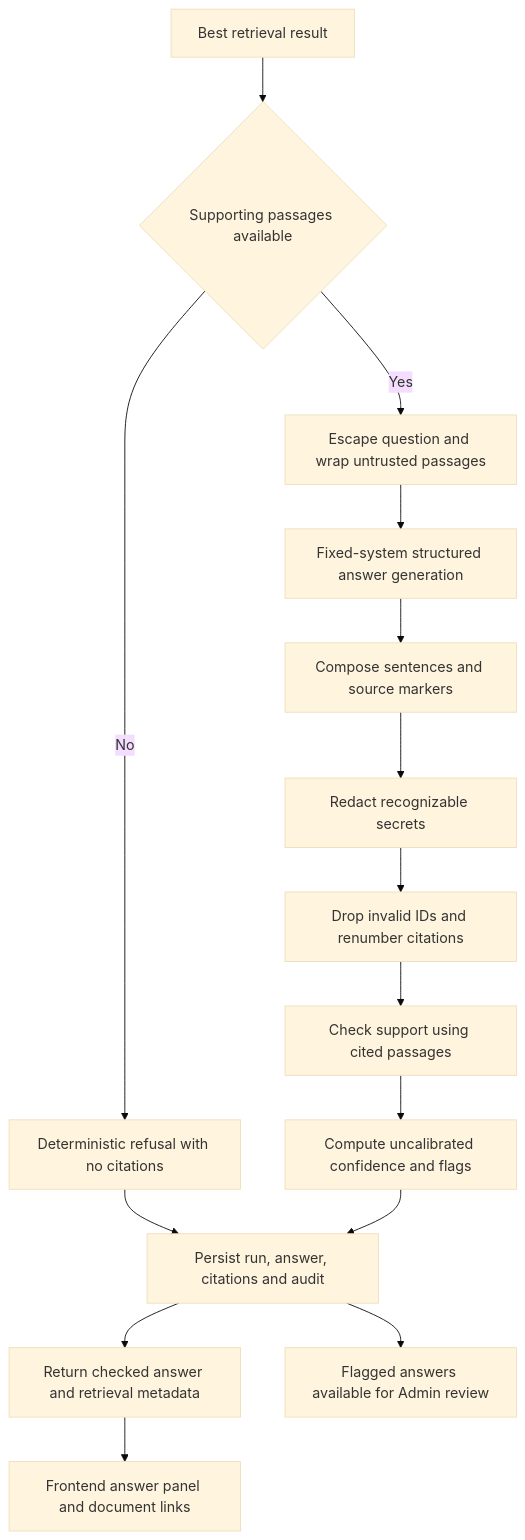
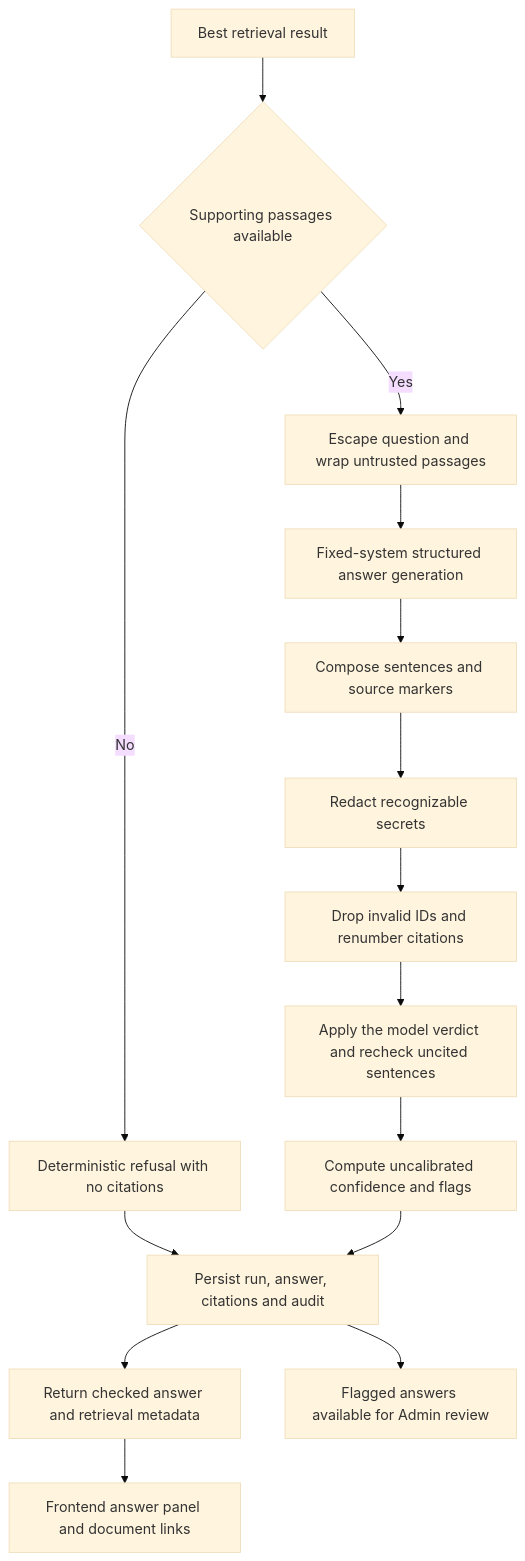
Before and after one commit to esanduo-dt3/MeridianAI: the sixth of 6 diagrams in kavia-docs/CodeWiki/Architecture/system-architecture-and-rag-pipeline.md, drawn with Mermaid (base theme). The commit also changed other lines of this file and 9 other files, not shown here.

Commit message:
docs: update CodeWiki architecture docs and indexes

````diff
--- a/kavia-docs/CodeWiki/Architecture/system-architecture-and-rag-pipeline.md
+++ b/kavia-docs/CodeWiki/Architecture/system-architecture-and-rag-pipeline.md
@@ -485,17 +491,17 @@
 ```mermaid
 flowchart TD
     RET["Best retrieval result"] --> HAS{"Supporting passages available"}
     HAS -->|"No"| REFUSE["Deterministic refusal with no citations"]
     HAS -->|"Yes"| WRAP["Escape question and wrap untrusted passages"]
     WRAP --> MODEL["Fixed-system structured answer generation"]
     MODEL --> COMPOSE["Compose sentences and source markers"]
     COMPOSE --> REDACT["Redact recognizable secrets"]
     REDACT --> CITE["Drop invalid IDs and renumber citations"]
-    CITE --> GROUND["Check support using cited passages"]
+    CITE --> GROUND["Apply the model verdict and recheck uncited sentences"]
     GROUND --> SCORE["Compute uncalibrated confidence and flags"]
     REFUSE --> SAVE["Persist run, answer, citations and audit"]
     SCORE --> SAVE
     SAVE --> PAYLOAD["Return checked answer and retrieval metadata"]
     PAYLOAD --> PANEL["Frontend answer panel and document links"]
     SAVE --> REVIEW["Flagged answers available for Admin review"]
 ```
````
